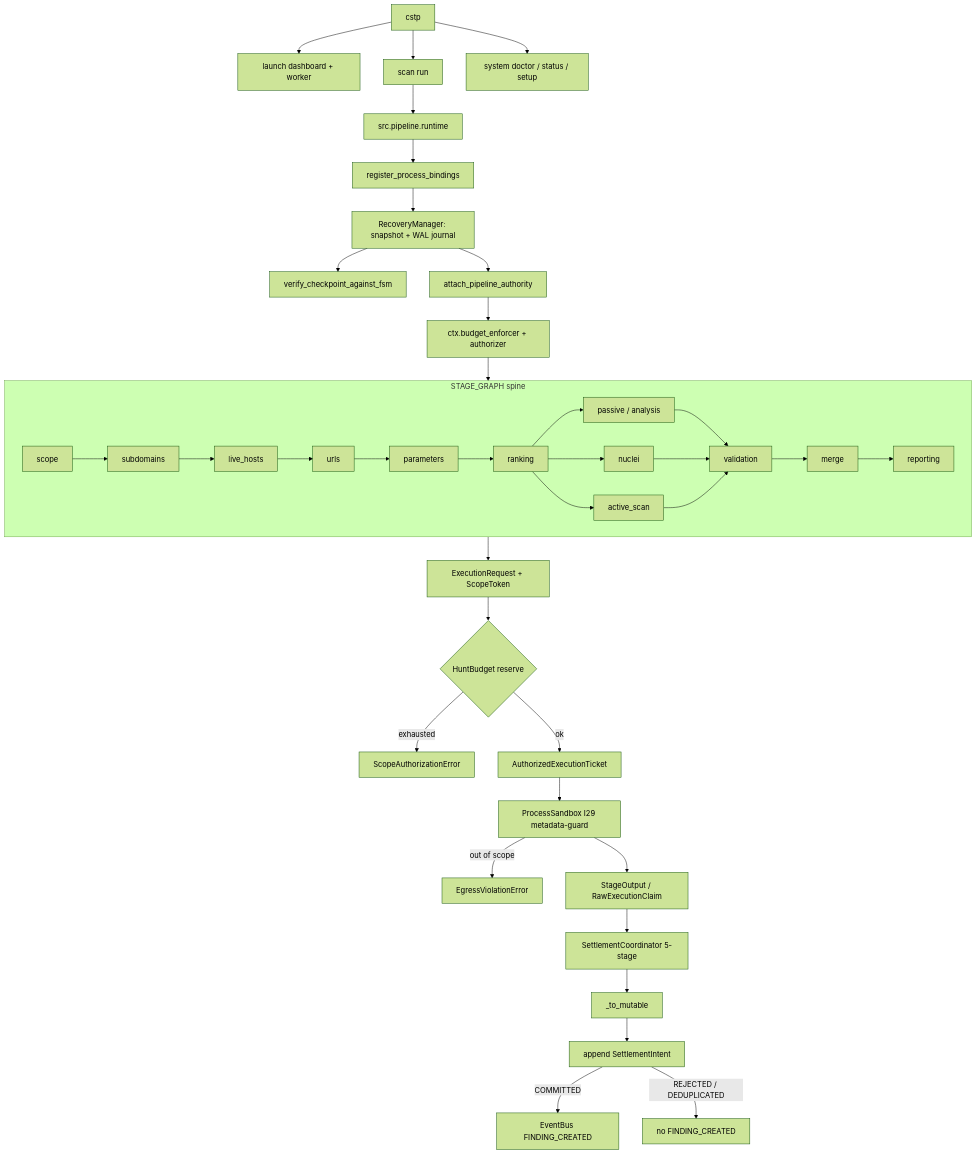
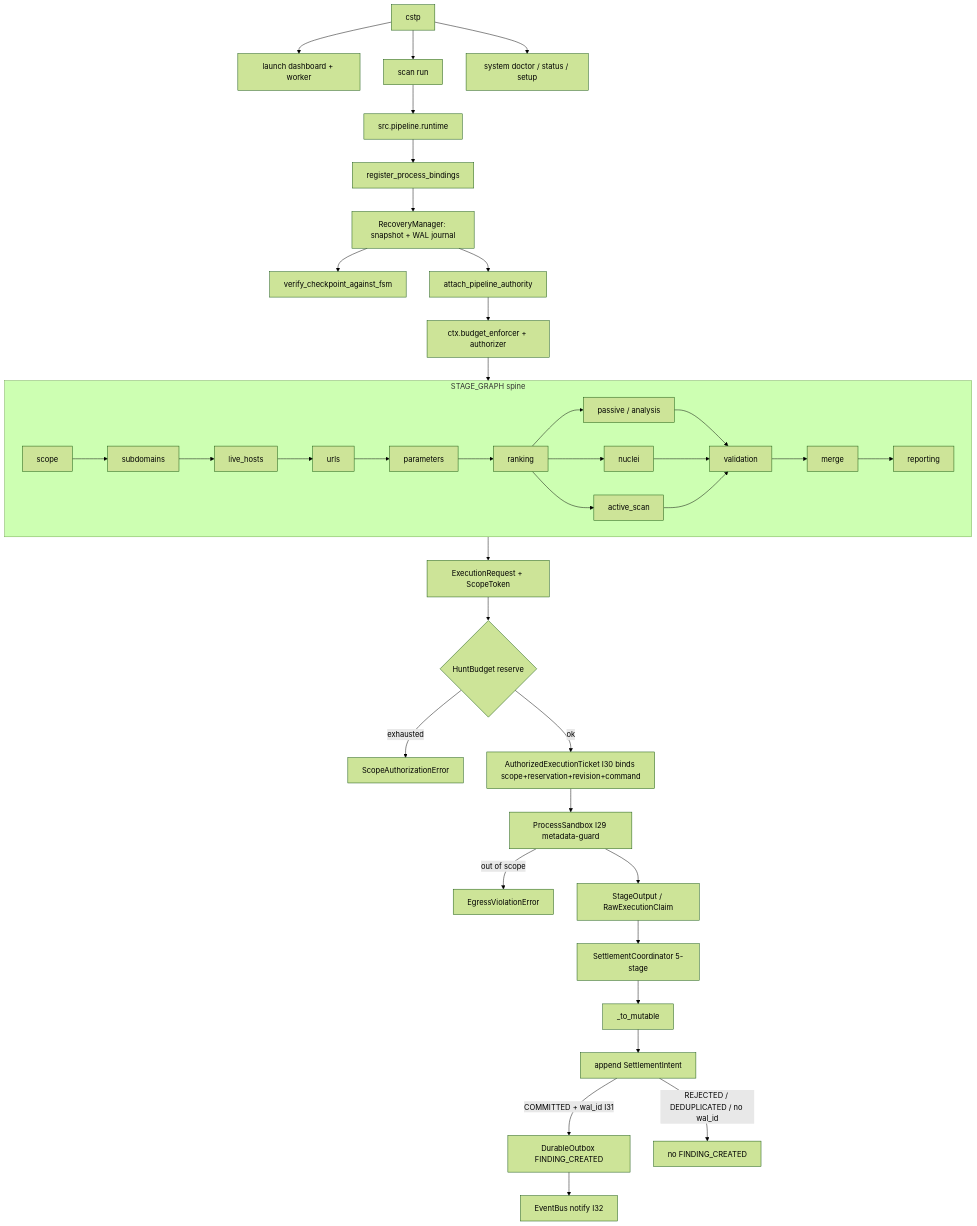
One commit to AviralGup7/Singularity-Zero changed the fourth of 13 diagrams in docs/flowchart.md. Above: the diagram before and after it, drawn with Mermaid (forest theme). The commit also changed other lines of this file, not shown here.

First line of the commit message:
docs(flowchart): add F-033 I30–I32 after code landed

````diff
--- a/docs/flowchart.md
+++ b/docs/flowchart.md
@@ -152,40 +153,41 @@
 ```mermaid
 flowchart TD
     CSTP["cstp"] --> Launch["launch dashboard + worker"]
     CSTP --> Scan["scan run"]
     CSTP --> Sys["system doctor / status / setup"]
     Scan --> Runtime["src.pipeline.runtime"]
     Runtime --> Bind["register_process_bindings"]
     Bind --> Recover["RecoveryManager: snapshot + WAL journal"]
     Recover --> Verify["verify_checkpoint_against_fsm"]
     Recover --> Auth["attach_pipeline_authority"]
     Auth --> Stamp["ctx.budget_enforcer + authorizer"]
     Stamp --> DAG
     subgraph DAG["STAGE_GRAPH spine"]
         Scope["scope"] --> Sub["subdomains"]
         Sub --> LiveH["live_hosts"]
         LiveH --> Urls["urls"]
         Urls --> Params["parameters"]
         Params --> Rank["ranking"]
         Rank --> Passive["passive / analysis"]
         Rank --> Nuclei["nuclei"]
         Rank --> Active["active_scan"]
         Passive --> Val["validation"]
         Nuclei --> Val
         Active --> Val
         Val --> Merge["merge"]
         Merge --> Report["reporting"]
     end
     DAG --> Req["ExecutionRequest + ScopeToken"]
     Req --> Budget{"HuntBudget reserve"}
     Budget -->|exhausted| Rej["ScopeAuthorizationError"]
-    Budget -->|ok| Ticket["AuthorizedExecutionTicket"]
+    Budget -->|ok| Ticket["AuthorizedExecutionTicket I30 binds scope+reservation+revision+command"]
     Ticket --> SB["ProcessSandbox I29 metadata-guard"]
     SB -->|out of scope| Viol["EgressViolationError"]
     SB --> Out["StageOutput / RawExecutionClaim"]
     Out --> Coord["SettlementCoordinator 5-stage"]
     Coord --> Thaw["_to_mutable"]
     Thaw --> WAL["append SettlementIntent"]
-    WAL -->|COMMITTED| Emit["EventBus FINDING_CREATED"]
-    WAL -->|REJECTED / DEDUPLICATED| Silent["no FINDING_CREATED"]
+    WAL -->|COMMITTED + wal_id I31| Outbox["DurableOutbox FINDING_CREATED"]
+    Outbox --> Emit["EventBus notify I32"]
+    WAL -->|REJECTED / DEDUPLICATED / no wal_id| Silent["no FINDING_CREATED"]
 ```
````
